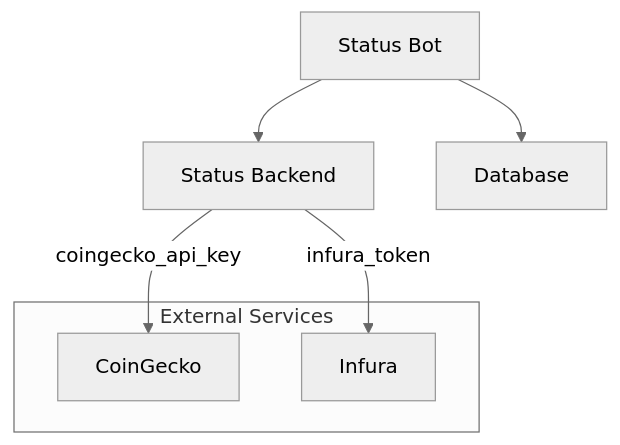
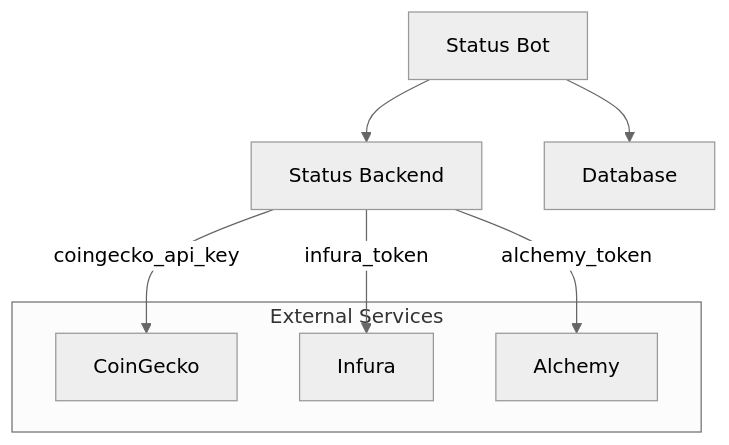
One commit to status-im/status-bot changed the diagram in docs/index.md. Above: the diagram before and after it, drawn with Mermaid (neutral theme). The commit also changed other lines of this file and 21 other files, not shown here.

````diff
--- a/docs/index.md
+++ b/docs/index.md
@@ -7,16 +7,18 @@
 ```mermaid
 graph TB
 
    BACKEND[Status Backend]
    BOT[Status Bot]
    DB[Database]
    subgraph external[External Services]
         COINGECKO[CoinGecko]
         INFURA[Infura]
+        ALCHEMY[Alchemy]
     end
 
    BOT --> BACKEND
    BACKEND --> |coingecko_api_key| COINGECKO
    BACKEND --> |infura_token| INFURA
+   BACKEND --> |alchemy_token| ALCHEMY
    BOT --> DB
 ```
````
